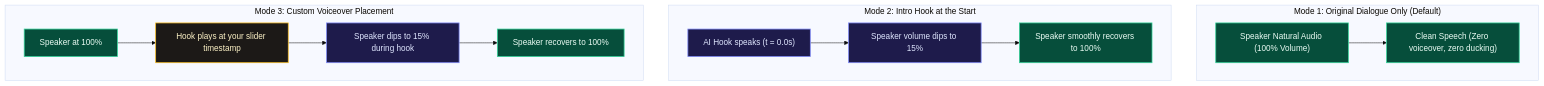
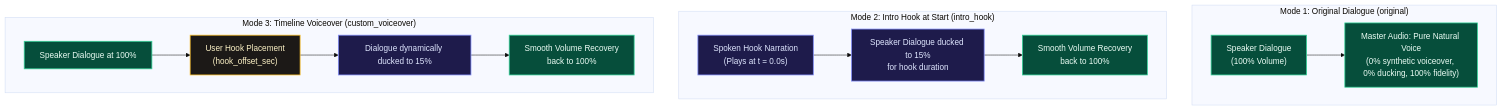
Before and after one commit to DivyamJoshi2005/Alfred: the sixth of 9 diagrams in README.md, drawn with Mermaid (base theme). The commit also changed other lines of this file and 1 other file, not shown here.

Commit message:
docs: enrich READMEs with complete technical depth, clear human explanations, and styled Mermaid diagrams

````diff
--- a/README.md
+++ b/README.md
@@ -215,21 +402,30 @@
 ```mermaid
 flowchart TD
     classDef natural fill:#064e3b,stroke:#34d399,stroke-width:1.5px,color:#ecfdf5;
     classDef ducked fill:#1e1b4b,stroke:#818cf8,stroke-width:1.5px,color:#e0e7ff;
     classDef custom fill:#1c1917,stroke:#fbbf24,stroke-width:1.5px,color:#fef3c7;
 
-    subgraph Mode1 ["Mode 1: Original Dialogue Only (Default)"]
+    subgraph Mode1 ["Mode 1: Original Dialogue (original)"]
         direction LR
-        M1_In["Speaker Natural Audio (100% Volume)"]:::natural --> M1_Out["Clean Speech (Zero voiceover, zero ducking)"]:::natural
+        Src1["Speaker Dialogue\n(100% Volume)"]:::natural
+        Out1["Master Audio: Pure Natural Voice\n(0% synthetic voiceover, 0% ducking, 100% fidelity)"]:::natural
+        Src1 --> Out1
     end
 
-    subgraph Mode2 ["Mode 2: Intro Hook at the Start"]
+    subgraph Mode2 ["Mode 2: Intro Hook at Start (intro_hook)"]
         direction LR
-        M2_Hook["AI Hook speaks (t = 0.0s)"]:::ducked --> M2_Duck["Speaker volume dips to 15%"]:::ducked --> M2_Rec["Speaker smoothly recovers to 100%"]:::natural
+        Hook2["Spoken Hook Narration\n(Plays at t = 0.0s)"]:::ducked
+        Duck2["Speaker Dialogue ducked to 15%\nfor hook duration"]:::ducked
+        Rec2["Smooth Volume Recovery\nback to 100%"]:::natural
+        Hook2 --> Duck2 --> Rec2
     end
 
-    subgraph Mode3 ["Mode 3: Custom Voiceover Placement"]
+    subgraph Mode3 ["Mode 3: Timeline Voiceover (custom_voiceover)"]
         direction LR
-        M3_Start["Speaker at 100%"]:::natural --> M3_Window["Hook plays at your slider timestamp"]:::custom --> M3_Duck["Speaker dips to 15% during hook"]:::ducked --> M3_End["Speaker recovers to 100%"]:::natural
+        Pre3["Speaker Dialogue at 100%"]:::natural
+        Offset3["User Hook Placement\n(hook_offset_sec)"]:::custom
+        Duck3["Dialogue dynamically ducked to 15%"]:::ducked
+        Post3["Smooth Volume Recovery\nback to 100%"]:::natural
+        Pre3 --> Offset3 --> Duck3 --> Post3
     end
 ```
````
